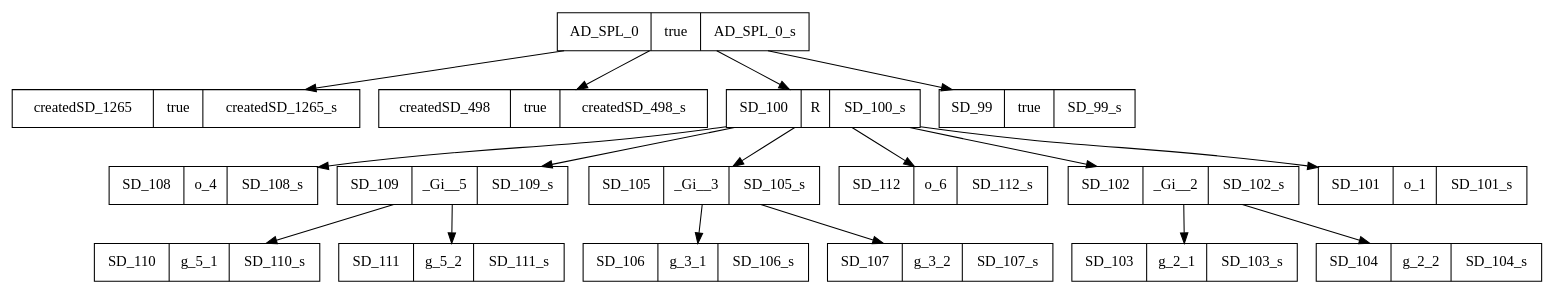
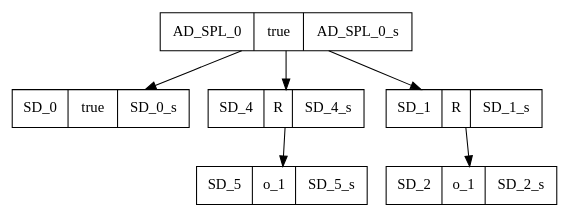
Before and after one commit to SPLMC/spl-generator: the diagram in src/results_joao/1/rdg_rdg.dot, drawn with Graphviz. The commit also changed 38 other files, not shown here.

```diff
--- a/src/results_joao/1/rdg_rdg.dot
+++ b/src/results_joao/1/rdg_rdg.dot
@@ -1,35 +1,13 @@
 digraph graphname {
 AD_SPL_0[shape=record, label="{{AD_SPL_0|true|AD_SPL_0_s}}"];
-createdSD_1265[shape=record, label="{{createdSD_1265|true|createdSD_1265_s}}"];
-createdSD_498[shape=record, label="{{createdSD_498|true|createdSD_498_s}}"];
-SD_100[shape=record, label="{{SD_100|R|SD_100_s}}"];
-SD_108[shape=record, label="{{SD_108|o_4|SD_108_s}}"];
-SD_109[shape=record, label="{{SD_109|_Gi__5|SD_109_s}}"];
-SD_110[shape=record, label="{{SD_110|g_5_1|SD_110_s}}"];
-SD_111[shape=record, label="{{SD_111|g_5_2|SD_111_s}}"];
-SD_105[shape=record, label="{{SD_105|_Gi__3|SD_105_s}}"];
-SD_106[shape=record, label="{{SD_106|g_3_1|SD_106_s}}"];
-SD_107[shape=record, label="{{SD_107|g_3_2|SD_107_s}}"];
-SD_112[shape=record, label="{{SD_112|o_6|SD_112_s}}"];
-SD_102[shape=record, label="{{SD_102|_Gi__2|SD_102_s}}"];
-SD_103[shape=record, label="{{SD_103|g_2_1|SD_103_s}}"];
-SD_104[shape=record, label="{{SD_104|g_2_2|SD_104_s}}"];
-SD_101[shape=record, label="{{SD_101|o_1|SD_101_s}}"];
-SD_99[shape=record, label="{{SD_99|true|SD_99_s}}"];
-AD_SPL_0 -> createdSD_1265;
-AD_SPL_0 -> createdSD_498;
-AD_SPL_0 -> SD_100;
-SD_100 -> SD_108;
-SD_100 -> SD_109;
-SD_109 -> SD_110;
-SD_109 -> SD_111;
-SD_100 -> SD_105;
-SD_105 -> SD_106;
-SD_105 -> SD_107;
-SD_100 -> SD_112;
-SD_100 -> SD_102;
-SD_102 -> SD_103;
-SD_102 -> SD_104;
-SD_100 -> SD_101;
-AD_SPL_0 -> SD_99;
+SD_0[shape=record, label="{{SD_0|true|SD_0_s}}"];
+SD_4[shape=record, label="{{SD_4|R|SD_4_s}}"];
+SD_5[shape=record, label="{{SD_5|o_1|SD_5_s}}"];
+SD_1[shape=record, label="{{SD_1|R|SD_1_s}}"];
+SD_2[shape=record, label="{{SD_2|o_1|SD_2_s}}"];
+AD_SPL_0 -> SD_0;
+AD_SPL_0 -> SD_4;
+SD_4 -> SD_5;
+AD_SPL_0 -> SD_1;
+SD_1 -> SD_2;
 }
```
